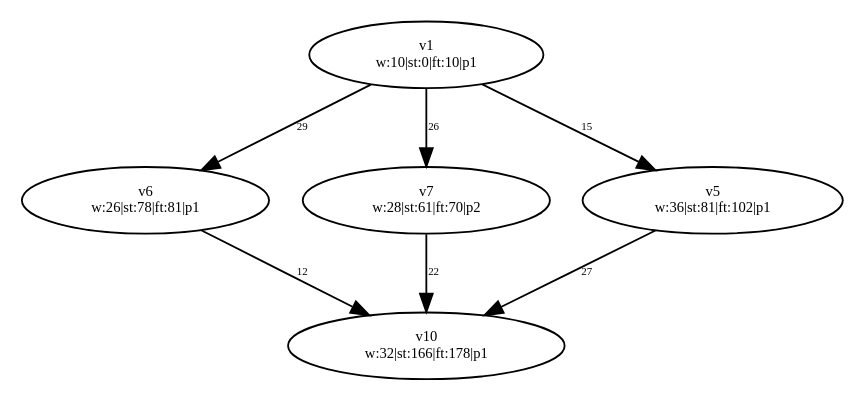
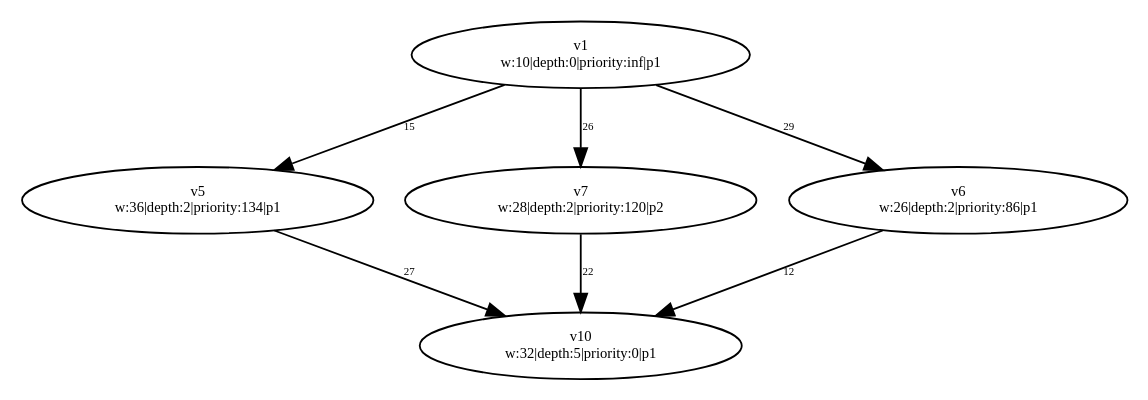
The diagram in PythonApplication1/PythonApplication1/test-output/slika_5_Simplified.gv (dexters1/Task-Scheduling-Based-on-Genetic-Algorithms), drawn with Graphviz before and after one commit. The commit also changed 42 other files, not shown here.

Commit message:
Ostaje unitTestiranje za citav Graph i Processor module

```diff
--- a/PythonApplication1/PythonApplication1/test-output/slika_5_Simplified.gv
+++ b/PythonApplication1/PythonApplication1/test-output/slika_5_Simplified.gv
@@ -1,18 +1,18 @@
 digraph {
 	v1 [label="v1
-w:10|st:0|ft:10|p1" fontsize=8.0]
+w:10|depth:0|priority:inf|p1" fontsize=8.0]
+	v5 [label="v5
+w:36|depth:2|priority:134|p1" fontsize=8.0]
+	v7 [label="v7
+w:28|depth:2|priority:120|p2" fontsize=8.0]
 	v6 [label="v6
-w:26|st:78|ft:81|p1" fontsize=8.0]
-	v7 [label="v7
-w:28|st:61|ft:70|p2" fontsize=8.0]
-	v5 [label="v5
-w:36|st:81|ft:102|p1" fontsize=8.0]
+w:26|depth:2|priority:86|p1" fontsize=8.0]
 	v10 [label="v10
-w:32|st:166|ft:178|p1" fontsize=8.0]
+w:32|depth:5|priority:0|p1" fontsize=8.0]
+	v1 -> v5 [label=15 constraint=true fontsize=6.0]
+	v1 -> v6 [label=29 constraint=true fontsize=6.0]
 	v1 -> v7 [label=26 constraint=true fontsize=6.0]
-	v1 -> v6 [label=29 constraint=true fontsize=6.0]
-	v1 -> v5 [label=15 constraint=true fontsize=6.0]
 	v5 -> v10 [label=27 constraint=true fontsize=6.0]
 	v6 -> v10 [label=12 constraint=true fontsize=6.0]
 	v7 -> v10 [label=22 constraint=true fontsize=6.0]
 }
```
